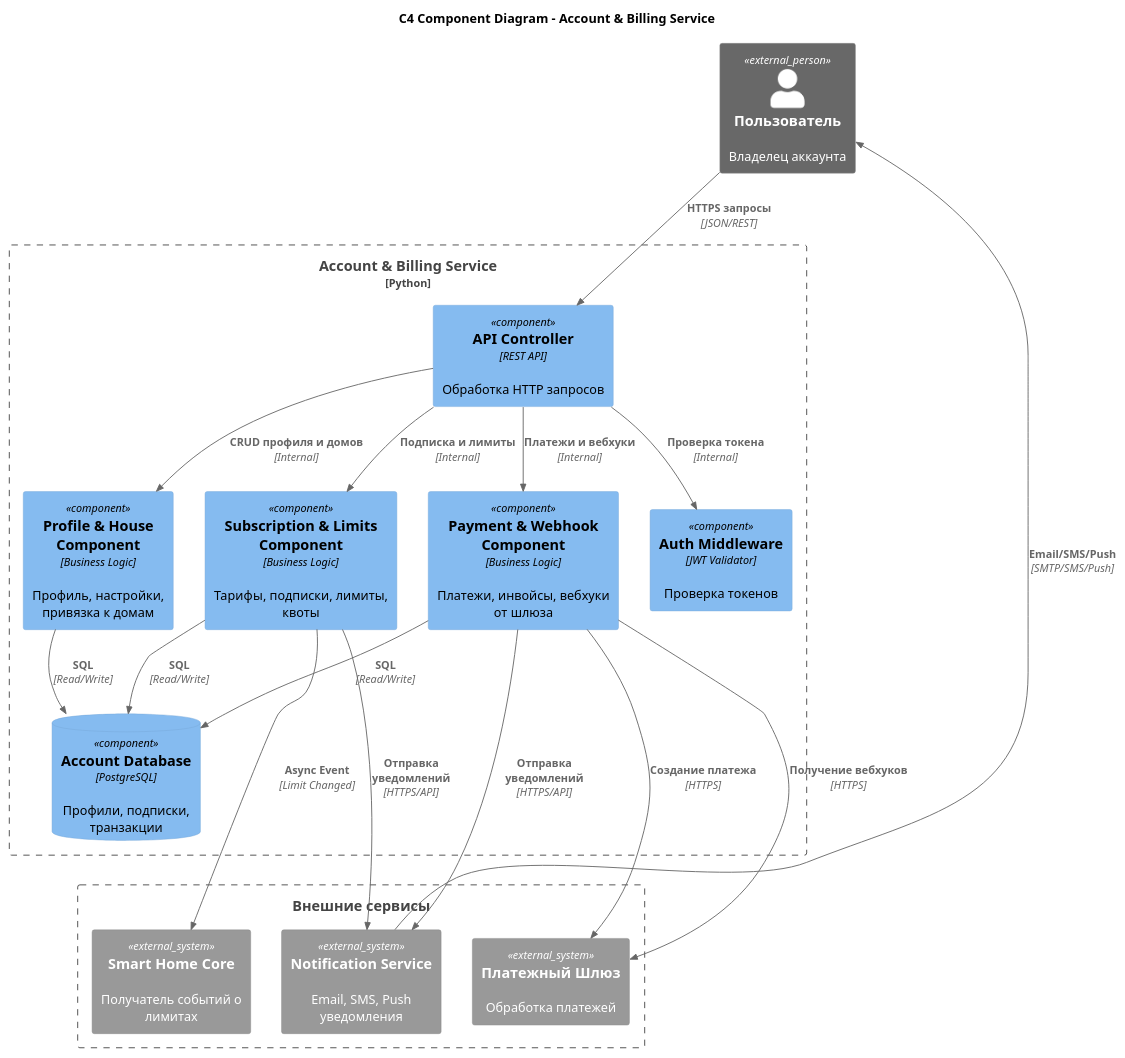
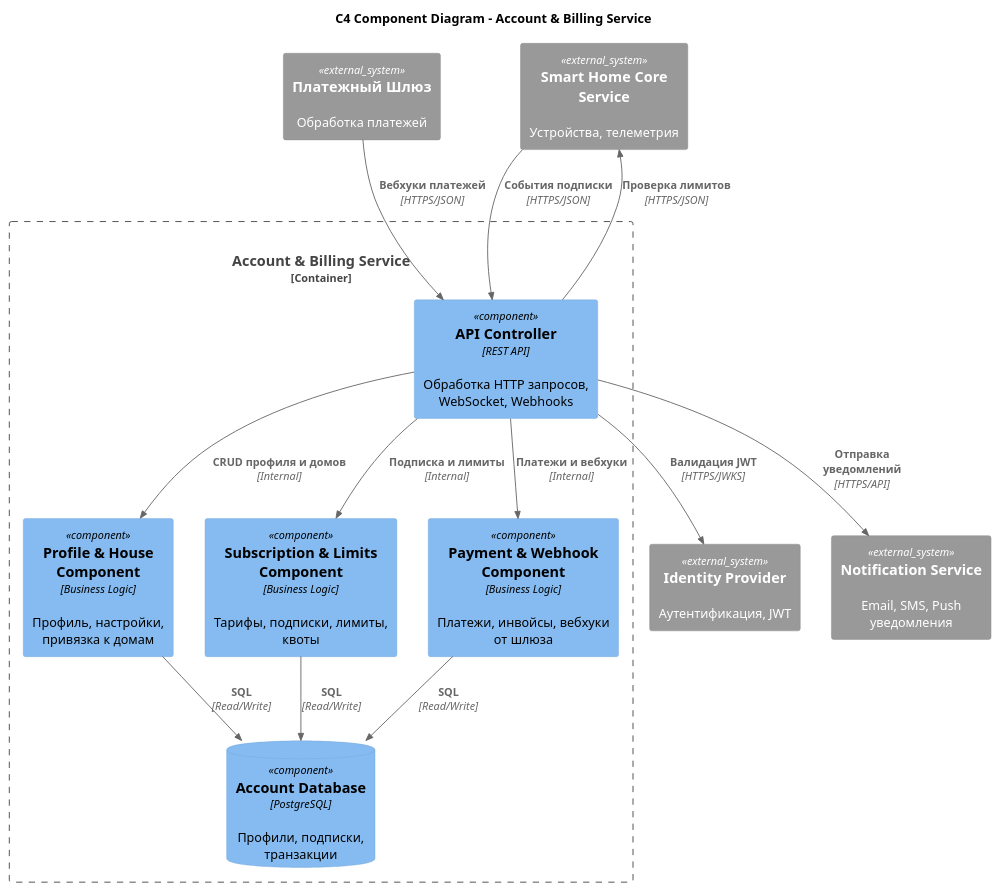
The diagram in schemas/c4_account_billing_component.puml (bezlim/architecture-pro-warmhouse), drawn with PlantUML before and after one commit. The commit also changed 15 other files, not shown here.

```diff
--- a/schemas/c4_account_billing_component.puml
+++ b/schemas/c4_account_billing_component.puml
@@ -1,59 +1,38 @@
-@startuml AccountBilling
+@startuml c4_account_component
 !include https://raw.githubusercontent.com/plantuml-stdlib/C4-PlantUML/master/C4_Component.puml
 
 title C4 Component Diagram - Account & Billing Service
 
-' Явное направление сверху вниз
 top to bottom direction
 
-' Пользователь объявляется ПЕРВЫМ (важно для позиционирования)
-Person_Ext(user, "Пользователь", "Владелец аккаунта")
-
-' Граница основного сервиса
-Boundary(account_container, "Account & Billing Service", "Python") {
+Container_Boundary(account_container, "Account & Billing Service", "Python/Node.js") {
     
-    Component(api_controller, "API Controller", "REST API", "Обработка HTTP запросов")
-    Component(auth_middleware, "Auth Middleware", "JWT Validator", "Проверка токенов")
+    Component(api_controller, "API Controller", "REST API", "Обработка HTTP запросов, WebSocket, Webhooks")
     
     Component(profile_component, "Profile & House Component", "Business Logic", "Профиль, настройки, привязка к домам")
     
     Component(subscription_component, "Subscription & Limits Component", "Business Logic", "Тарифы, подписки, лимиты, квоты")
     
     Component(payment_component, "Payment & Webhook Component", "Business Logic", "Платежи, инвойсы, вебхуки от шлюза")
     
     ComponentDb(account_db, "Account Database", "PostgreSQL", "Профили, подписки, транзакции")
 }
 
-Boundary(ext, "Внешние сервисы") {
+System_Ext(identity_provider, "Identity Provider", "Аутентификация, JWT")
 System_Ext(payment_gateway, "Платежный Шлюз", "Обработка платежей")
-System_Ext(home_service, "Smart Home Core", "Получатель событий о лимитах")
+System_Ext(core_service, "Smart Home Core Service", "Устройства, телеметрия")
 System_Ext(notification_service, "Notification Service", "Email, SMS, Push уведомления")
-}
-account_db -[hidden]-> payment_gateway
-account_db -[hidden]-> home_service
-account_db -[hidden]-> notification_service
-account_db -[hidden]-> notification_service
-account_db -[hidden]-> notification_service
-account_db -[hidden]-> notification_service
-' === Основные связи ===
-Rel(user, api_controller, "HTTPS запросы", "JSON/REST")
-Rel(api_controller, auth_middleware, "Проверка токена", "Internal")
 
+Rel(api_controller, identity_provider, "Валидация JWT", "HTTPS/JWKS")
+Rel(payment_gateway, api_controller, "Вебхуки платежей", "HTTPS/JSON")
+Rel(api_controller, notification_service, "Отправка уведомлений", "HTTPS/API")
+Rel(core_service, api_controller, "События подписки", "HTTPS/JSON")
+Rel(api_controller, core_service, "Проверка лимитов", "HTTPS/JSON")
 Rel(api_controller, profile_component, "CRUD профиля и домов", "Internal")
 Rel(api_controller, subscription_component, "Подписка и лимиты", "Internal")
 Rel(api_controller, payment_component, "Платежи и вебхуки", "Internal")
-
 Rel(profile_component, account_db, "SQL", "Read/Write")
 Rel(subscription_component, account_db, "SQL", "Read/Write")
 Rel(payment_component, account_db, "SQL", "Read/Write")
 
-Rel(payment_component, payment_gateway, "Создание платежа", "HTTPS")
-Rel(payment_component, payment_gateway, "Получение вебхуков", "HTTPS")
-
-Rel(payment_component, notification_service, "Отправка уведомлений", "HTTPS/API")
-Rel(subscription_component, notification_service, "Отправка уведомлений", "HTTPS/API")
-Rel(notification_service, user, "Email/SMS/Push", "SMTP/SMS/Push")
-
-Rel(subscription_component, home_service, "Async Event", "Limit Changed")
-
 @enduml
```
